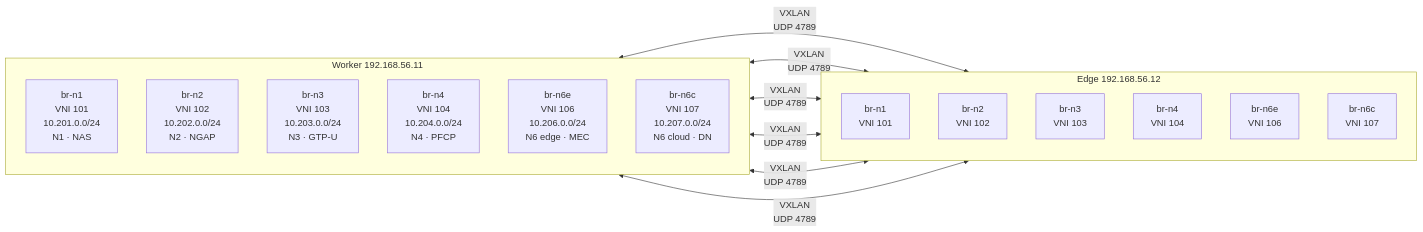
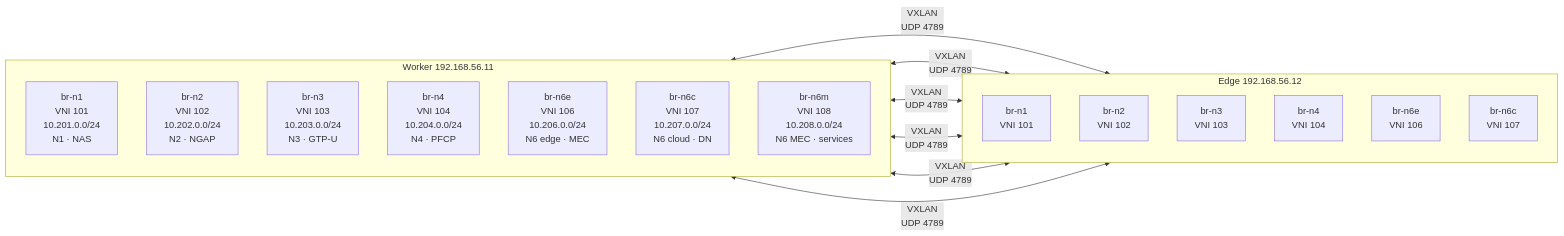
Before and after one commit to Jacobbista/kelt: the second of 5 diagrams in docs/architecture/network-topology.md, drawn with Mermaid. The commit also changed other lines of this file and 32 other files, not shown here.

````diff
--- a/docs/architecture/network-topology.md
+++ b/docs/architecture/network-topology.md
@@ -102,76 +102,81 @@
 ```mermaid
 graph LR
     subgraph W["Worker  192.168.56.11"]
         direction TB
 
         BN1W["br-n1
         VNI 101
         10.201.0.0/24
         N1 · NAS"]
 
         BN2W["br-n2
         VNI 102
         10.202.0.0/24
         N2 · NGAP"]
 
         BN3W["br-n3
         VNI 103
         10.203.0.0/24
         N3 · GTP-U"]
 
         BN4W["br-n4
         VNI 104
         10.204.0.0/24
         N4 · PFCP"]
 
         BN6EW["br-n6e
         VNI 106
         10.206.0.0/24
         N6 edge · MEC"]
 
         BN6CW["br-n6c
         VNI 107
         10.207.0.0/24
         N6 cloud · DN"]
+
+        BN6MW["br-n6m
+        VNI 108
+        10.208.0.0/24
+        N6 MEC · services"]
     end
 
     subgraph E["Edge  192.168.56.12"]
         direction TB
 
         BN1E["br-n1
         VNI 101"]
 
         BN2E["br-n2
         VNI 102"]
 
         BN3E["br-n3
         VNI 103"]
 
         BN4E["br-n4
         VNI 104"]
 
         BN6EE["br-n6e
         VNI 106"]
 
         BN6CE["br-n6c
         VNI 107"]
     end
 
     BN1W <-->|"VXLAN
     UDP 4789"| BN1E
 
     BN2W <-->|"VXLAN
     UDP 4789"| BN2E
 
     BN3W <-->|"VXLAN
     UDP 4789"| BN3E
 
     BN4W <-->|"VXLAN
     UDP 4789"| BN4E
 
     BN6EW <-->|"VXLAN
     UDP 4789"| BN6EE
 
     BN6CW <-->|"VXLAN
     UDP 4789"| BN6CE
 ```
````
